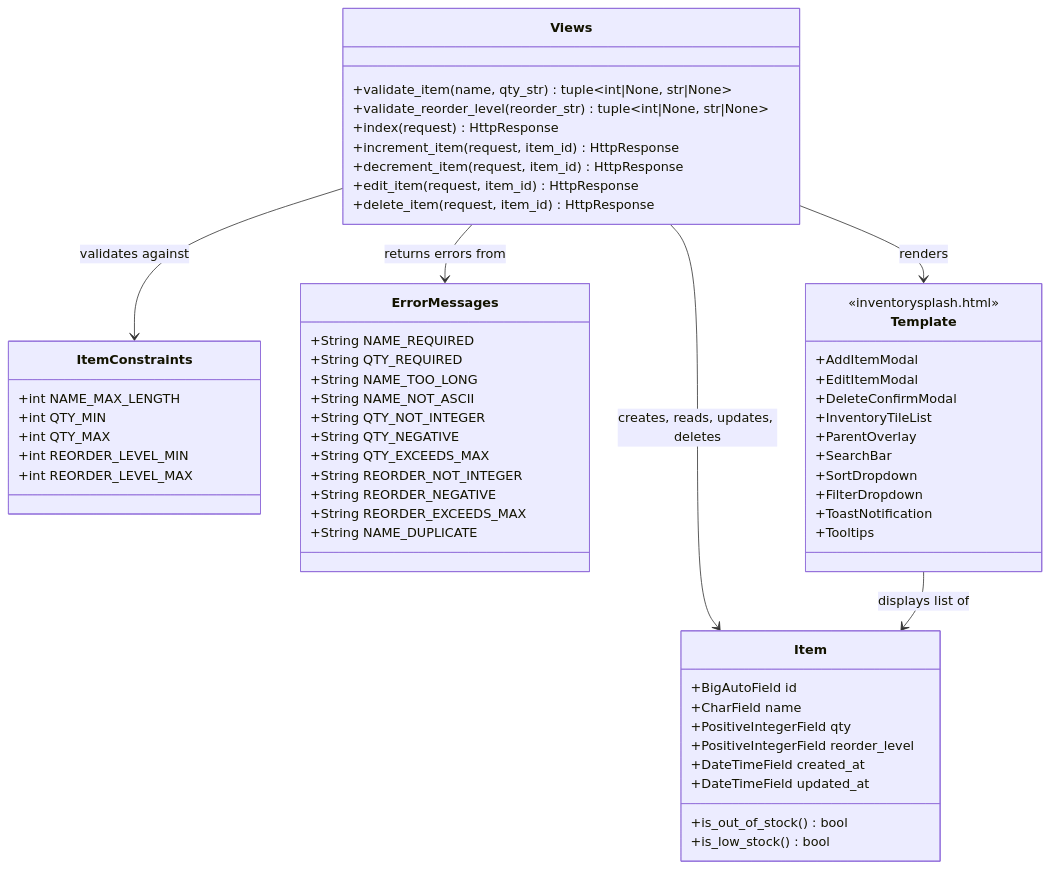
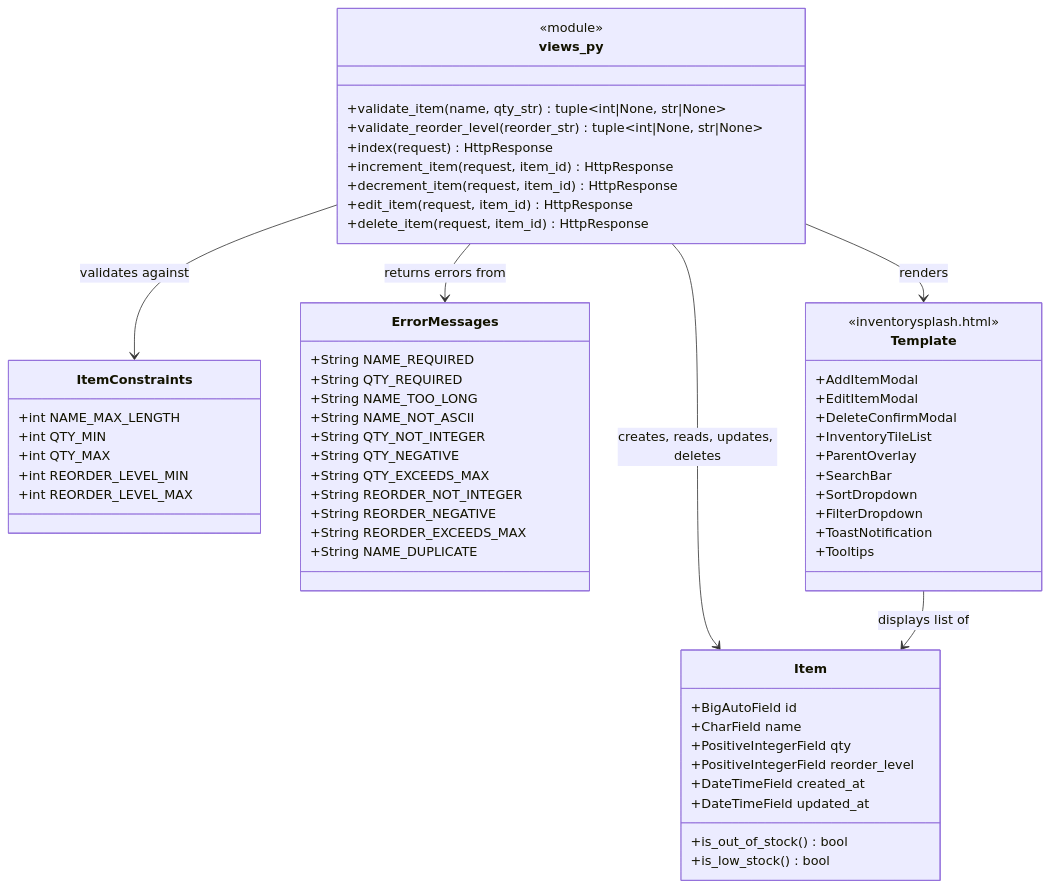
The second of 4 diagrams in diagrams/class-diagrams.md (jmtoniolo/w26-se-project), drawn with Mermaid before and after one commit. The commit also changed other lines of this file and 1 other file, not shown here.

Commit message:
Fix diagram and cleanup code

````diff
--- a/diagrams/class-diagrams.md
+++ b/diagrams/class-diagrams.md
@@ -57,65 +36,66 @@
 ```mermaid
 classDiagram
-    class Views {
+    class views_py {
+        <<module>>
         +validate_item(name, qty_str) tuple~int|None, str|None~
         +validate_reorder_level(reorder_str) tuple~int|None, str|None~
         +index(request) HttpResponse
         +increment_item(request, item_id) HttpResponse
         +decrement_item(request, item_id) HttpResponse
         +edit_item(request, item_id) HttpResponse
         +delete_item(request, item_id) HttpResponse
     }
 
     class Item {
         +BigAutoField id
         +CharField name
         +PositiveIntegerField qty
         +PositiveIntegerField reorder_level
         +DateTimeField created_at
         +DateTimeField updated_at
         +is_out_of_stock() bool
         +is_low_stock() bool
     }
 
     class ItemConstraints {
         +int NAME_MAX_LENGTH
         +int QTY_MIN
         +int QTY_MAX
         +int REORDER_LEVEL_MIN
         +int REORDER_LEVEL_MAX
     }
 
     class ErrorMessages {
         +String NAME_REQUIRED
         +String QTY_REQUIRED
         +String NAME_TOO_LONG
         +String NAME_NOT_ASCII
         +String QTY_NOT_INTEGER
         +String QTY_NEGATIVE
         +String QTY_EXCEEDS_MAX
         +String REORDER_NOT_INTEGER
         +String REORDER_NEGATIVE
         +String REORDER_EXCEEDS_MAX
         +String NAME_DUPLICATE
     }
 
     class Template {
         <<inventorysplash.html>>
         +AddItemModal
         +EditItemModal
         +DeleteConfirmModal
         +InventoryTileList
         +ParentOverlay
         +SearchBar
         +SortDropdown
         +FilterDropdown
         +ToastNotification
         +Tooltips
     }
 
-    Views --> Item : creates, reads, updates, deletes
-    Views --> ItemConstraints : validates against
-    Views --> ErrorMessages : returns errors from
-    Views --> Template : renders
+    views_py --> Item : creates, reads, updates, deletes
+    views_py --> ItemConstraints : validates against
+    views_py --> ErrorMessages : returns errors from
+    views_py --> Template : renders
     Template --> Item : displays list of
 ```
````
